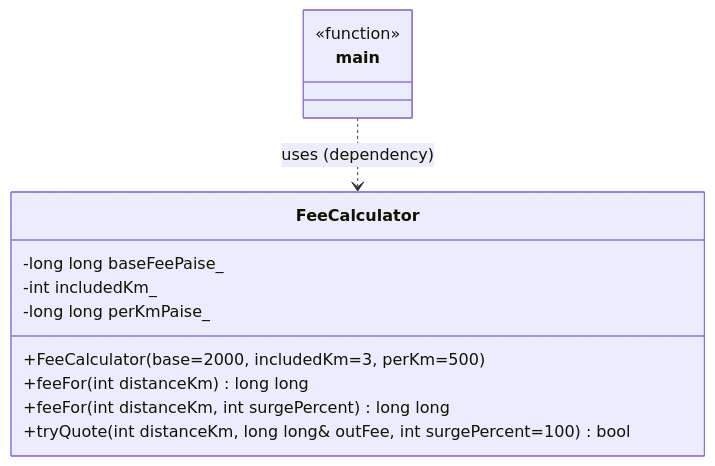
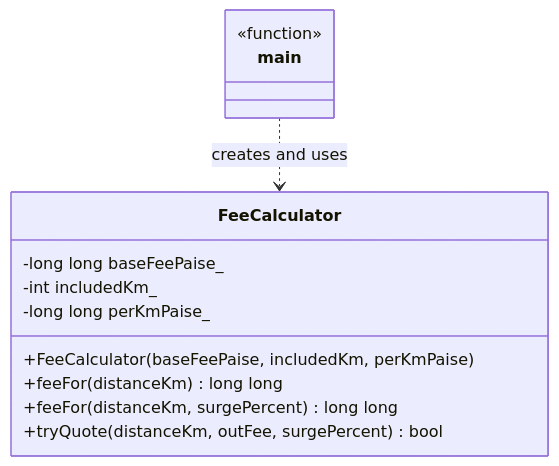
The first of 3 diagrams in LLD/01-C++-Prerequisites/02-functions-and-control-flow/session-1-foundation-practical/diagrams-session-1.md (PrajwalAmbekar/System-Design), drawn with Mermaid before and after one commit. The commit also changed other lines of this file and 3 other files, not shown here.

Commit message:
Add class and flow diagrams for Session 1

````diff
--- a/LLD/01-C++-Prerequisites/02-functions-and-control-flow/session-1-foundation-practical/diagrams-session-1.md
+++ b/LLD/01-C++-Prerequisites/02-functions-and-control-flow/session-1-foundation-practical/diagrams-session-1.md
@@ -4,16 +5,20 @@
 ```mermaid
 classDiagram
+    direction TB
+
     class FeeCalculator {
         -long long baseFeePaise_
         -int includedKm_
         -long long perKmPaise_
-        +FeeCalculator(base=2000, includedKm=3, perKm=500)
-        +feeFor(int distanceKm) long long
-        +feeFor(int distanceKm, int surgePercent) long long
-        +tryQuote(int distanceKm, long long& outFee, int surgePercent=100) bool
+        +FeeCalculator(baseFeePaise, includedKm, perKmPaise)
+        +feeFor(distanceKm) long long
+        +feeFor(distanceKm, surgePercent) long long
+        +tryQuote(distanceKm, outFee, surgePercent) bool
     }
+
     class main {
         <<function>>
     }
-    main ..> FeeCalculator : uses (dependency)
+
+    main ..> FeeCalculator : creates and uses
 ```
````
